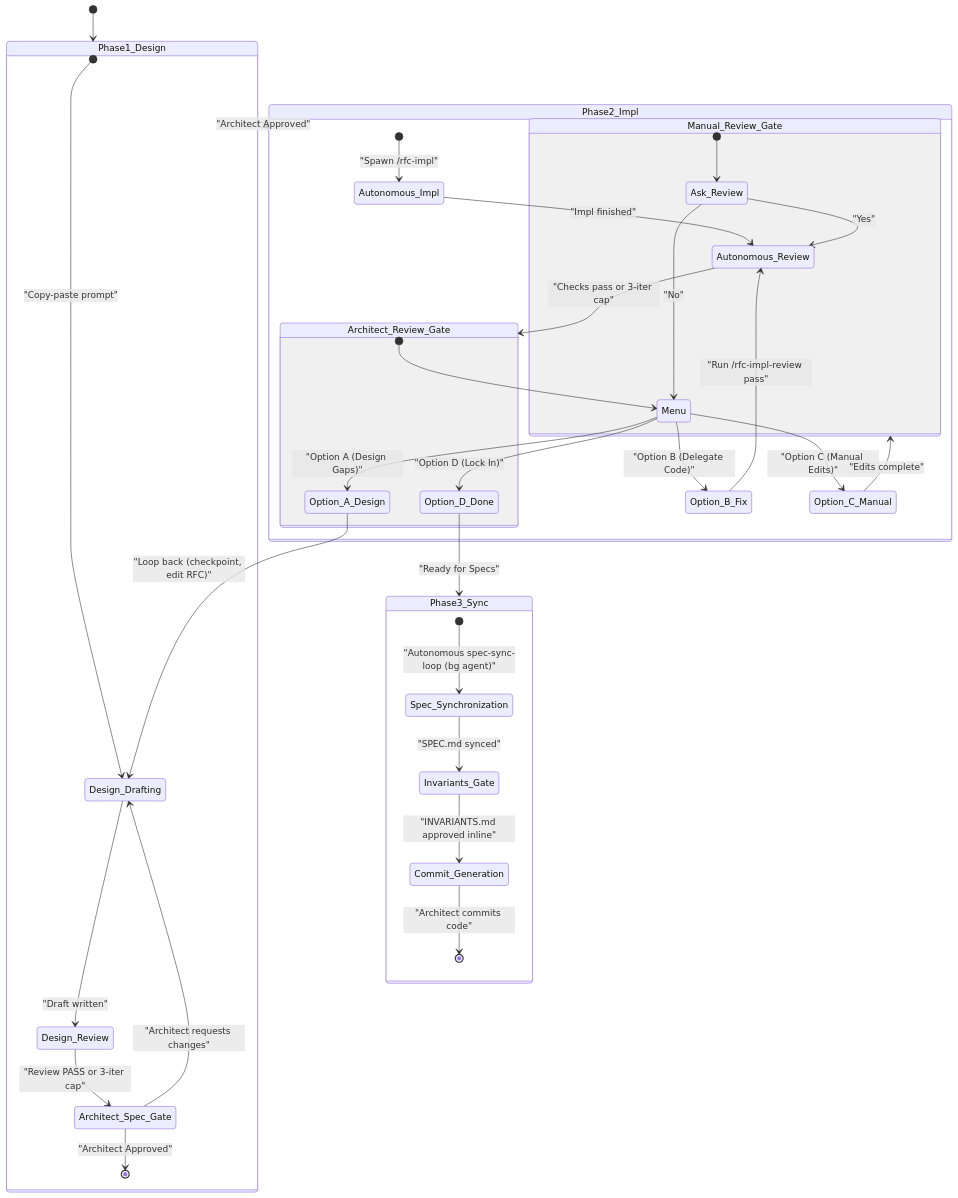
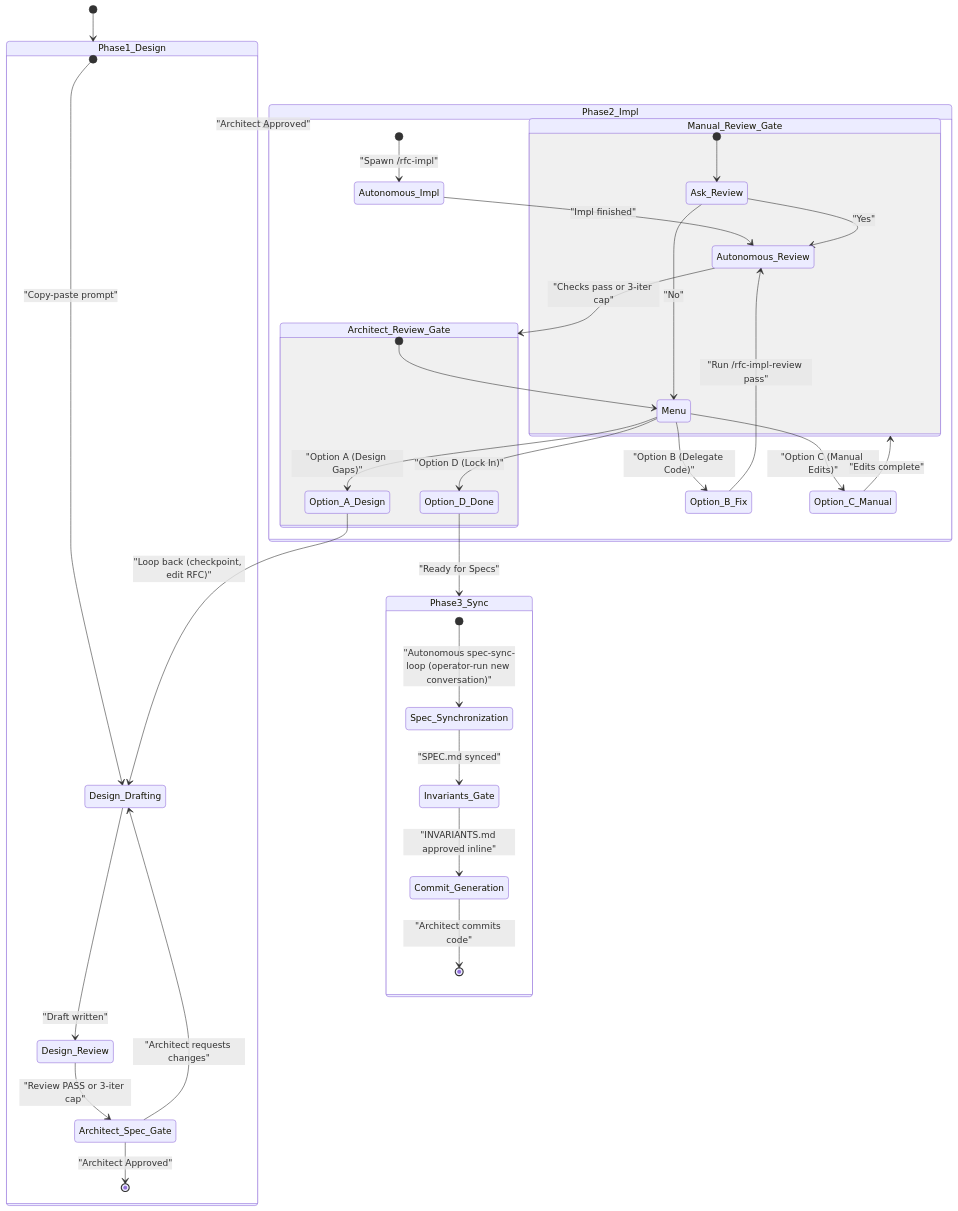
The diagram in .claude/skills/rfc-pipeline/SKILL.md (ian-shafer/unicoach), drawn with Mermaid before and after one commit. The commit also changed other lines of this file, not shown here.

````diff
--- a/.claude/skills/rfc-pipeline/SKILL.md
+++ b/.claude/skills/rfc-pipeline/SKILL.md
@@ -335,47 +364,47 @@
 ```mermaid
 stateDiagram-v2
     [*] --> Phase1_Design
 
     state Phase1_Design {
         [*] --> Design_Drafting : "Copy-paste prompt"
         Design_Drafting --> Design_Review : "Draft written"
         Design_Review --> Architect_Spec_Gate : "Review PASS or 3-iter cap"
         Architect_Spec_Gate --> Design_Drafting : "Architect requests changes"
         Architect_Spec_Gate --> [*] : "Architect Approved"
     }
 
     Phase1_Design --> Phase2_Impl : "Architect Approved"
 
     state Phase2_Impl {
         [*] --> Autonomous_Impl : "Spawn /rfc-impl"
         Autonomous_Impl --> Autonomous_Review : "Impl finished"
         Autonomous_Review --> Architect_Review_Gate : "Checks pass or 3-iter cap"
 
         state Architect_Review_Gate {
             [*] --> Menu
             Menu --> Option_A_Design : "Option A (Design Gaps)"
             Menu --> Option_B_Fix : "Option B (Delegate Code)"
             Menu --> Option_C_Manual : "Option C (Manual Edits)"
             Menu --> Option_D_Done : "Option D (Lock In)"
         }
 
         Option_B_Fix --> Autonomous_Review : "Run /rfc-impl-review pass"
 
         Option_C_Manual --> Manual_Review_Gate : "Edits complete"
         state Manual_Review_Gate {
             [*] --> Ask_Review
             Ask_Review --> Autonomous_Review : "Yes"
             Ask_Review --> Menu : "No"
         }
     }
 
     Option_A_Design --> Design_Drafting : "Loop back (checkpoint, edit RFC)"
     Option_D_Done --> Phase3_Sync : "Ready for Specs"
 
     state Phase3_Sync {
-        [*] --> Spec_Synchronization : "Autonomous spec-sync-loop (bg agent)"
+        [*] --> Spec_Synchronization : "Autonomous spec-sync-loop (operator-run new conversation)"
         Spec_Synchronization --> Invariants_Gate : "SPEC.md synced"
         Invariants_Gate --> Commit_Generation : "INVARIANTS.md approved inline"
         Commit_Generation --> [*] : "Architect commits code"
     }
 ```
````
